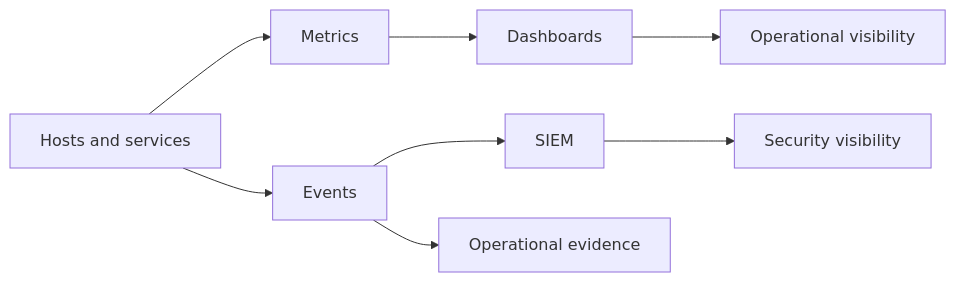
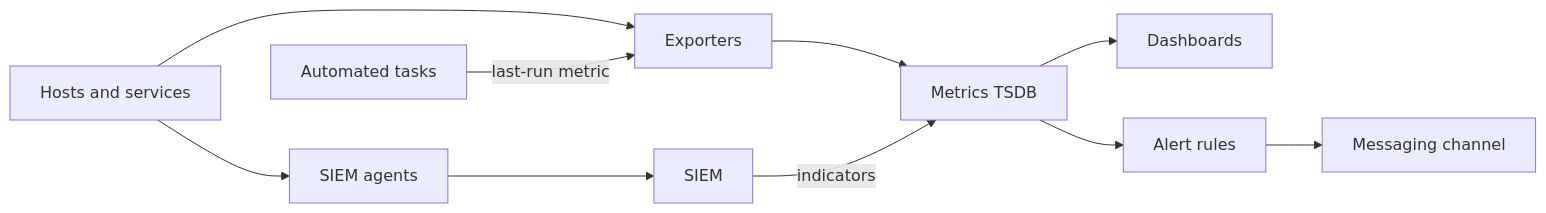
Before and after one commit to Nicolasperaltait/homelab: the first of 2 diagrams in docs/en/06-observability-and-roadmap.md, drawn with Mermaid. The commit also changed other lines of this file and 16 other files, not shown here.

````diff
--- a/docs/en/06-observability-and-roadmap.md
+++ b/docs/en/06-observability-and-roadmap.md
@@ -19,10 +20,12 @@
 ```mermaid
 flowchart LR
-    A[Hosts and services] --> B[Metrics]
-    A --> C[Events]
-    B --> D[Dashboards]
-    C --> E[SIEM]
-    D --> F[Operational visibility]
-    E --> G[Security visibility]
-    C --> H[Operational evidence]
+    A[Hosts and services] --> B[Exporters]
+    T[Automated tasks] -->|last-run metric| B
+    B --> C[Metrics TSDB]
+    C --> D[Dashboards]
+    C --> R[Alert rules]
+    R --> M[Messaging channel]
+    A --> E[SIEM agents]
+    E --> S[SIEM]
+    S -->|indicators| C
 ```
````
